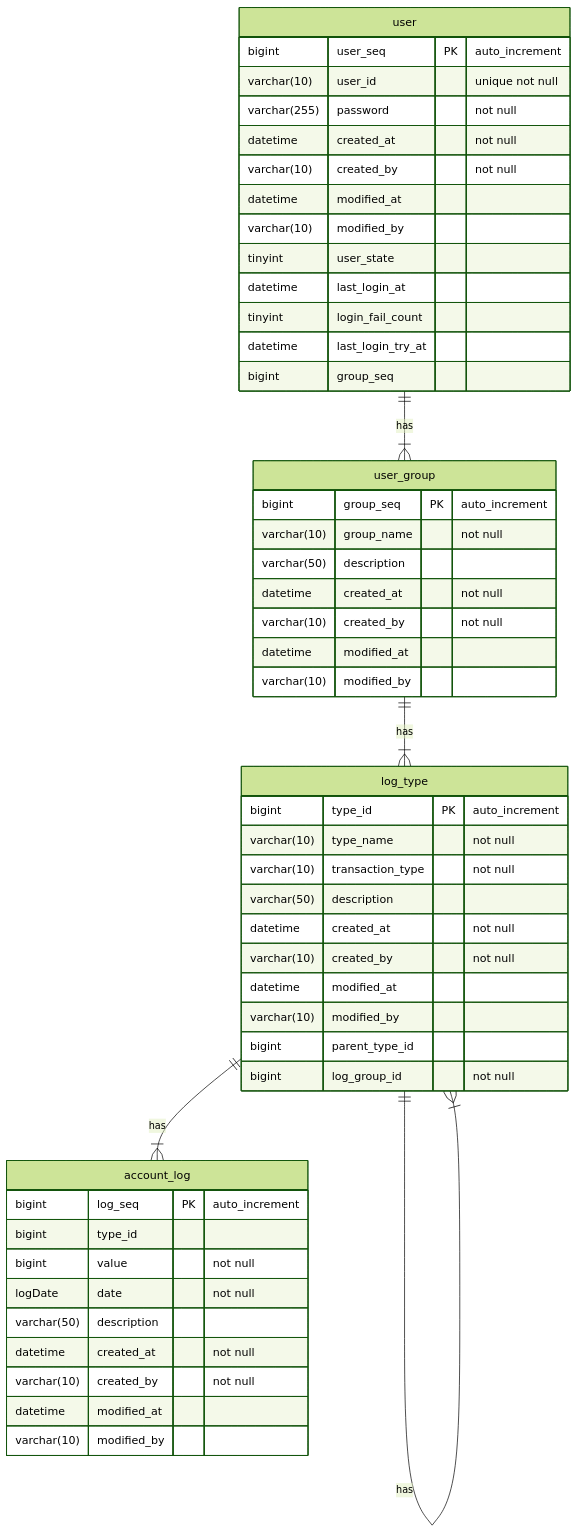
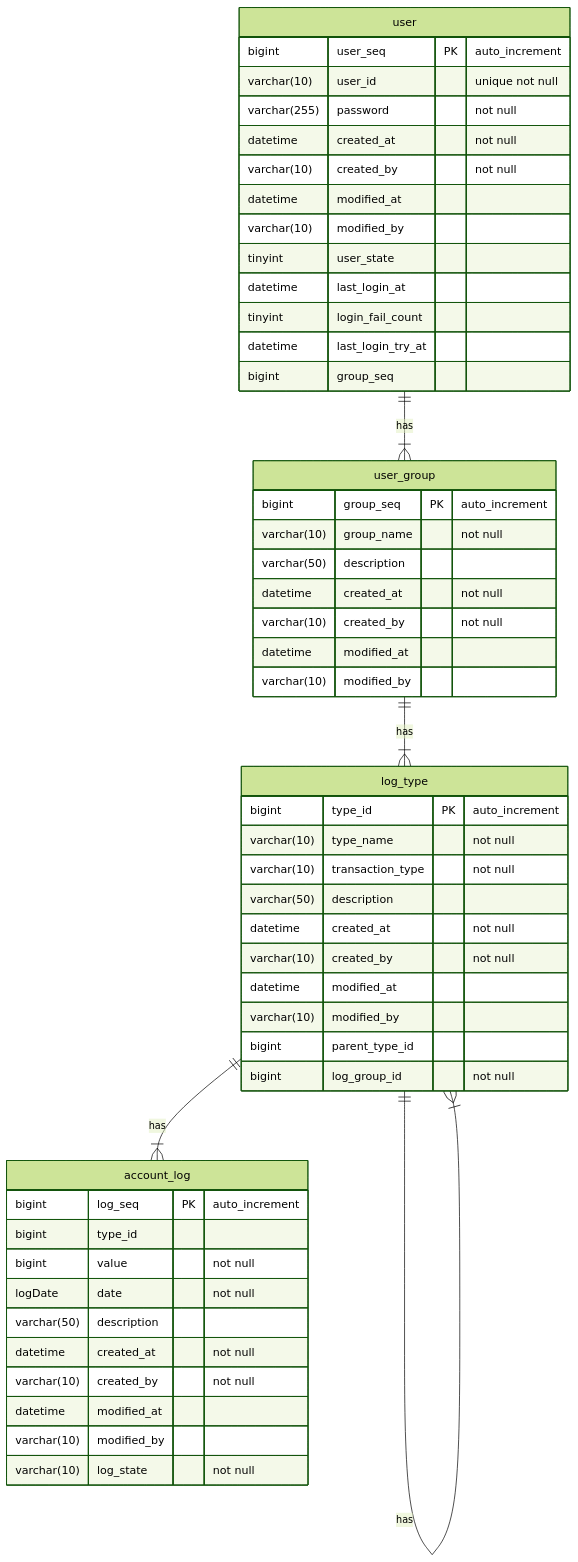
One commit to SeungHeeNoh/accountBook changed the diagram in README.md. Above: the diagram before and after it, drawn with Mermaid (forest theme). The commit also changed 5 other files, not shown here.

````diff
--- a/README.md
+++ b/README.md
@@ -11,54 +11,55 @@
 ```mermaid
 erDiagram
     user ||--|{ user_group : has
     user_group ||--|{ log_type : has
     log_type ||--|{ log_type : has
     log_type ||--|{ account_log : has
     user {
         bigint user_seq PK "auto_increment"
         varchar(10) user_id "unique not null"
         varchar(255) password "not null"
         datetime created_at "not null"
         varchar(10) created_by "not null"
         datetime modified_at
         varchar(10) modified_by
         tinyint user_state
         datetime last_login_at
         tinyint login_fail_count
         datetime last_login_try_at
         bigint group_seq
     }
     user_group {
         bigint group_seq PK "auto_increment"
         varchar(10) group_name "not null"
         varchar(50) description
         datetime created_at "not null"
         varchar(10) created_by "not null"
         datetime modified_at
         varchar(10) modified_by
     }
     log_type {
         bigint type_id PK "auto_increment"
         varchar(10) type_name "not null"
         varchar(10) transaction_type "not null"
         varchar(50) description
         datetime created_at "not null"
         varchar(10) created_by "not null"
         datetime modified_at
         varchar(10) modified_by
         bigint parent_type_id
         bigint log_group_id "not null"
     }
     account_log {
         bigint log_seq PK "auto_increment"
         bigint type_id
         bigint value "not null"
         logDate date "not null"
         varchar(50) description
         datetime created_at "not null"
         varchar(10) created_by "not null"
         datetime modified_at
         varchar(10) modified_by
+        varchar(10) log_state "not null"
     }
 
 ```
````
